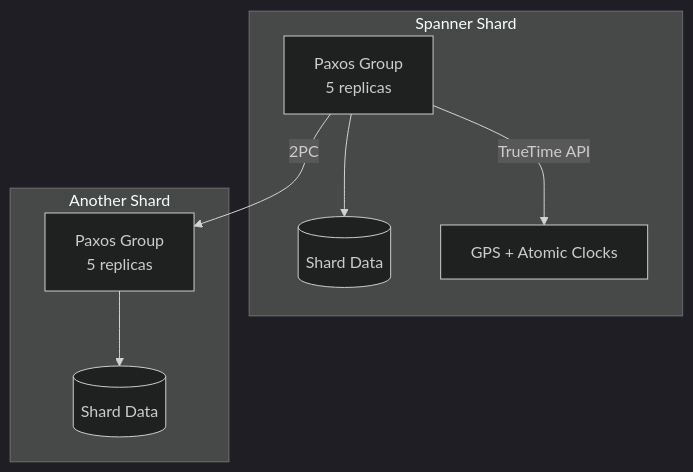
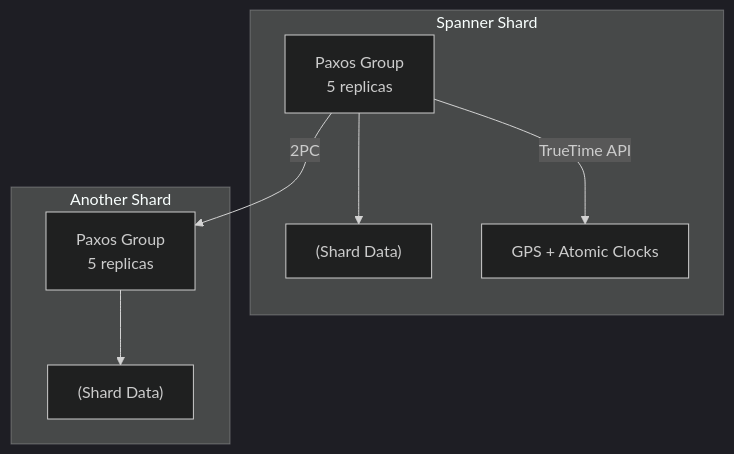
Before and after one commit to vanos001/placement_prep: the eighth of 9 diagrams in src/distributed/consensus/paxos.md, drawn with Mermaid (dark theme). The commit also changed other lines of this file and 19 other files, not shown here.

First line of the commit message:
fix(mermaid,links): repair regressions after merging dev into dev2

````diff
--- a/src/distributed/consensus/paxos.md
+++ b/src/distributed/consensus/paxos.md
@@ -235,11 +235,11 @@
 ```mermaid
 graph TD
     subgraph "Spanner Shard"
-        P1[Paxos Group<br/>5 replicas] --> DB1[(Shard Data)]
+        P1[Paxos Group<br/>5 replicas] --> DB1["(Shard Data)"]
         P1 -->|TrueTime API| TT[GPS + Atomic Clocks]
     end
     subgraph "Another Shard"
-        P2[Paxos Group<br/>5 replicas] --> DB2[(Shard Data)]
+        P2[Paxos Group<br/>5 replicas] --> DB2["(Shard Data)"]
     end
     P1 -->|2PC| P2
 ```
````
